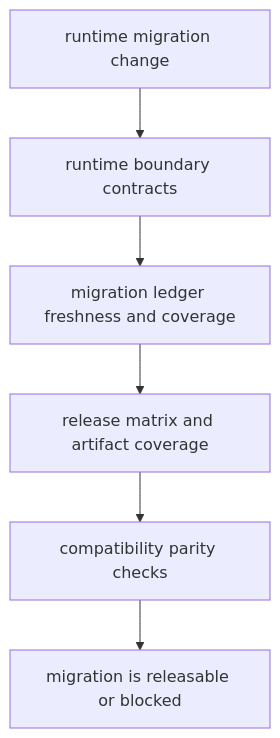
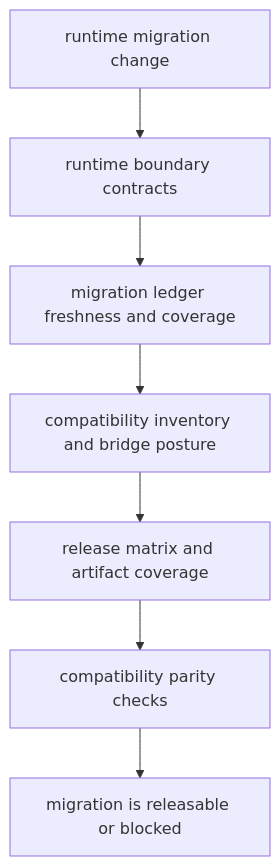
Before and after one commit to bijux/bijux-proteomics: the diagram in docs/01-bijux-proteomics/operations/runtime-migration-validation.md, drawn with Mermaid. The commit also changed other lines of this file and 3 other files, not shown here.

Commit message:
feat(release): declare the compatibility bridge family

````diff
--- a/docs/01-bijux-proteomics/operations/runtime-migration-validation.md
+++ b/docs/01-bijux-proteomics/operations/runtime-migration-validation.md
@@ -17,15 +17,17 @@
 ```mermaid
 flowchart TB
     change["runtime migration change"]
     boundary["runtime boundary contracts"]
     ledger["migration ledger freshness and coverage"]
+    inventory["compatibility inventory and bridge posture"]
     release["release matrix and artifact coverage"]
     parity["compatibility parity checks"]
     verdict["migration is releasable or blocked"]
 
     change --> boundary
     boundary --> ledger
-    ledger --> release
+    ledger --> inventory
+    inventory --> release
     release --> parity
     parity --> verdict
 ```
````
